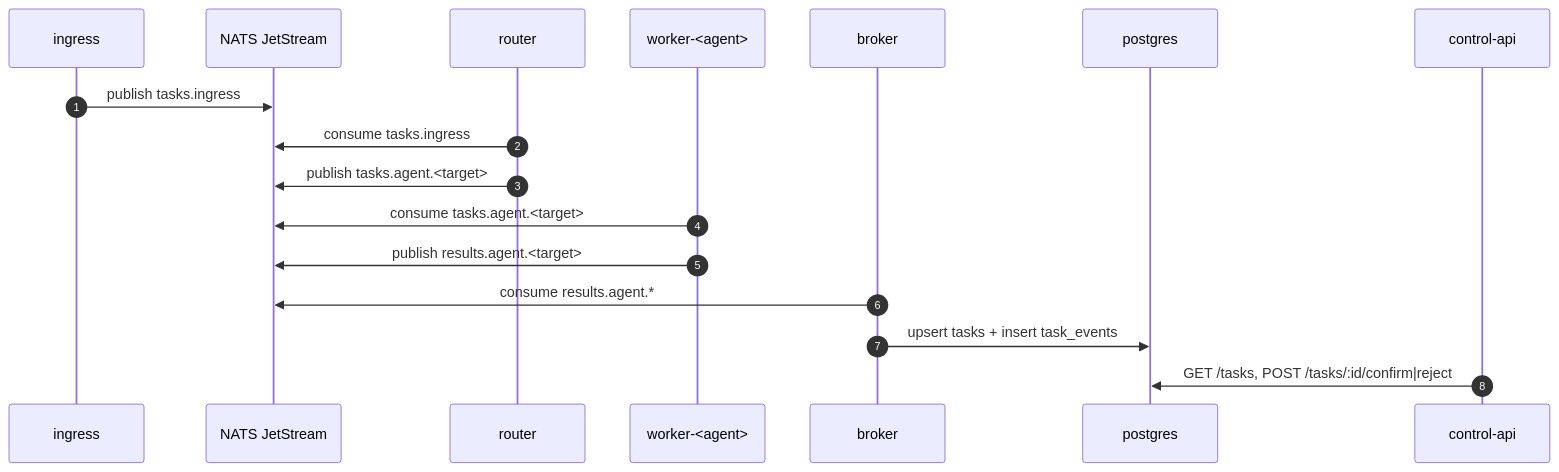
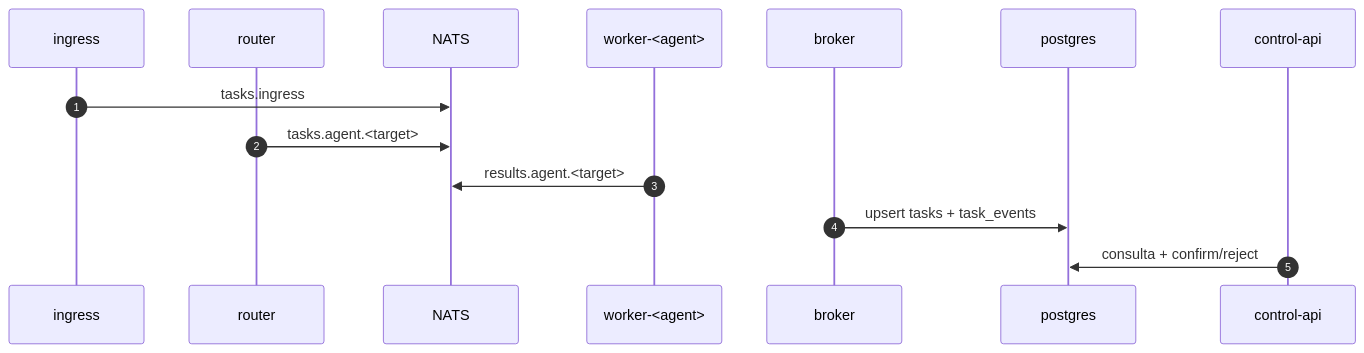
The second of 2 diagrams in README.md (openclaw/openclaw-ansible), drawn with Mermaid before and after one commit. The commit also changed other lines of this file and 5 other files, not shown here.

````diff
--- a/README.md
+++ b/README.md
@@ -76,20 +75,17 @@
 ```mermaid
 sequenceDiagram
   autonumber
   participant ING as ingress
-  participant NATS as NATS JetStream
   participant RT as router
+  participant NATS as NATS
   participant WK as worker-<agent>
   participant BR as broker
   participant PG as postgres
   participant API as control-api
 
-  ING->>NATS: publish tasks.ingress
-  RT->>NATS: consume tasks.ingress
-  RT->>NATS: publish tasks.agent.<target>
-  WK->>NATS: consume tasks.agent.<target>
-  WK->>NATS: publish results.agent.<target>
-  BR->>NATS: consume results.agent.*
-  BR->>PG: upsert tasks + insert task_events
-  API->>PG: GET /tasks, POST /tasks/:id/confirm|reject
+  ING->>NATS: tasks.ingress
+  RT->>NATS: tasks.agent.<target>
+  WK->>NATS: results.agent.<target>
+  BR->>PG: upsert tasks + task_events
+  API->>PG: consulta + confirm/reject
 ```
````
